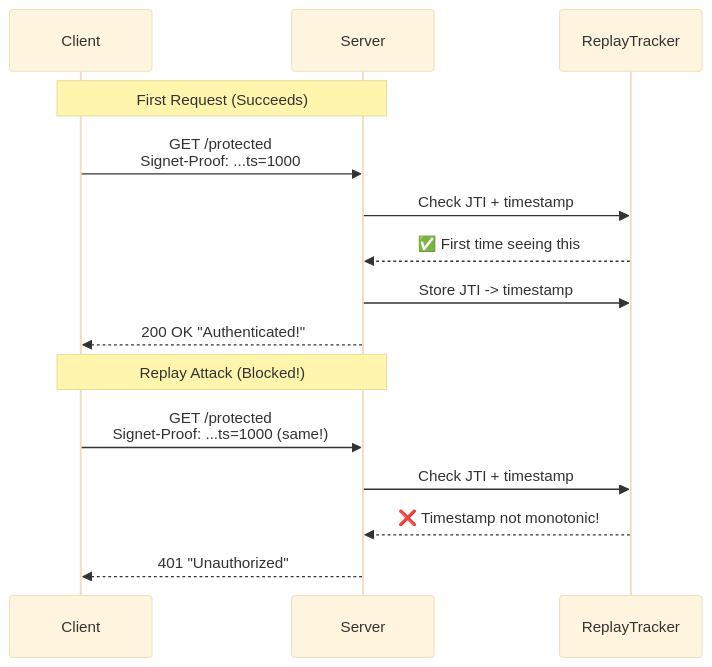
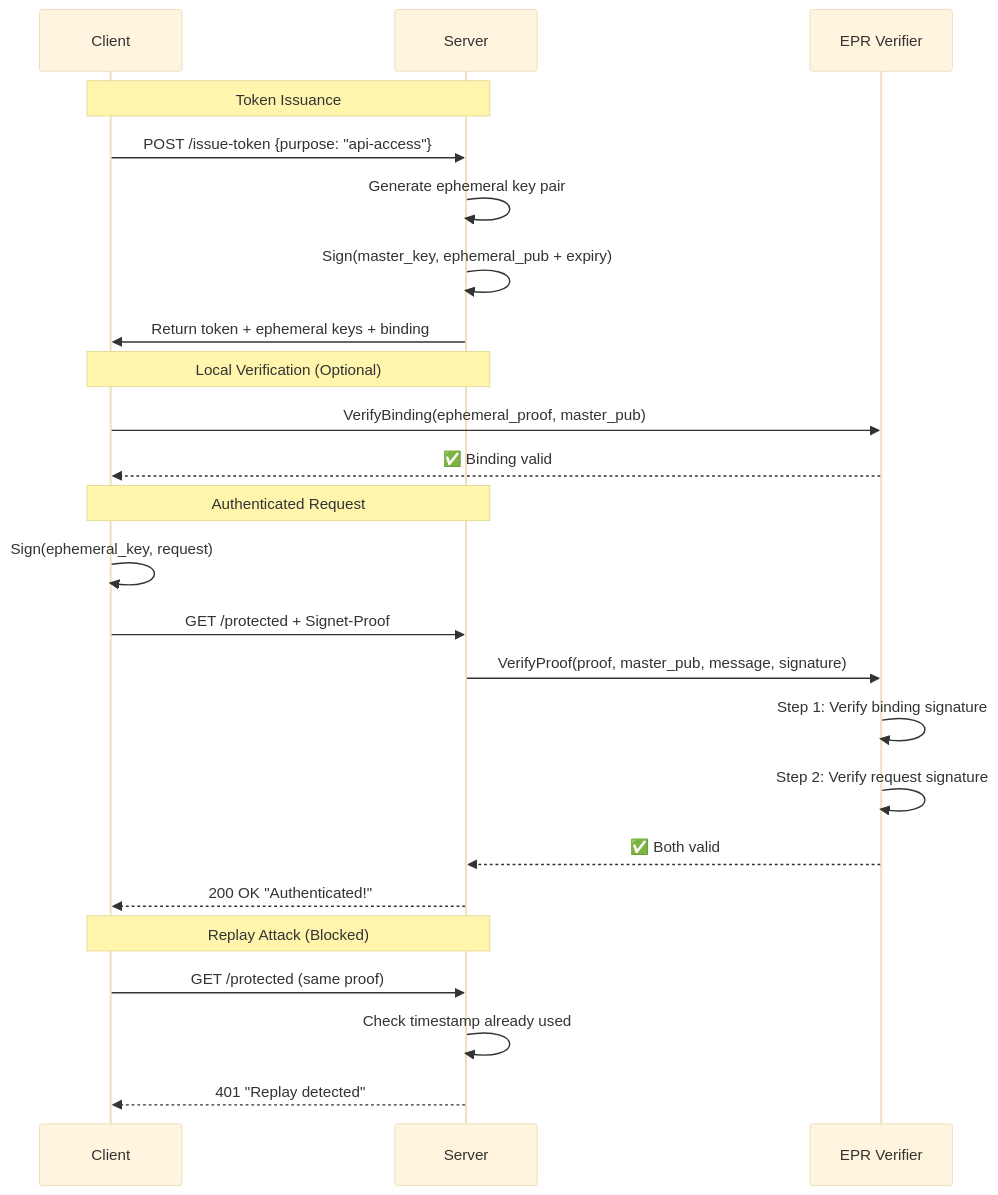
The diagram in demo/http-auth/README.md (agentic-research/signet), drawn with Mermaid (base theme) before and after one commit. The commit also changed other lines of this file and 20 other files, not shown here.

````diff
--- a/demo/http-auth/README.md
+++ b/demo/http-auth/README.md
@@ -11,19 +68,30 @@
 ```mermaid
 sequenceDiagram
     participant Client
     participant Server
-    participant ReplayTracker
+    participant EPR as EPR Verifier
 
-    Note over Client,Server: First Request (Succeeds)
-    Client->>Server: GET /protected<br/>Signet-Proof: ...ts=1000
-    Server->>ReplayTracker: Check JTI + timestamp
-    ReplayTracker-->>Server: ✅ First time seeing this
-    Server->>ReplayTracker: Store JTI -> timestamp
+    Note over Client,Server: Token Issuance
+    Client->>Server: POST /issue-token {purpose: "api-access"}
+    Server->>Server: Generate ephemeral key pair
+    Server->>Server: Sign(master_key, ephemeral_pub + expiry)
+    Server->>Client: Return token + ephemeral keys + binding
+
+    Note over Client,Server: Local Verification (Optional)
+    Client->>EPR: VerifyBinding(ephemeral_proof, master_pub)
+    EPR-->>Client: ✅ Binding valid
+
+    Note over Client,Server: Authenticated Request
+    Client->>Client: Sign(ephemeral_key, request)
+    Client->>Server: GET /protected + Signet-Proof
+    Server->>EPR: VerifyProof(proof, master_pub, message, signature)
+    EPR->>EPR: Step 1: Verify binding signature
+    EPR->>EPR: Step 2: Verify request signature
+    EPR-->>Server: ✅ Both valid
     Server-->>Client: 200 OK "Authenticated!"
 
-    Note over Client,Server: Replay Attack (Blocked!)
-    Client->>Server: GET /protected<br/>Signet-Proof: ...ts=1000 (same!)
-    Server->>ReplayTracker: Check JTI + timestamp
-    ReplayTracker-->>Server: ❌ Timestamp not monotonic!
-    Server-->>Client: 401 "Unauthorized"
+    Note over Client,Server: Replay Attack (Blocked)
+    Client->>Server: GET /protected (same proof)
+    Server->>Server: Check timestamp already used
+    Server-->>Client: 401 "Replay detected"
 ```
````
